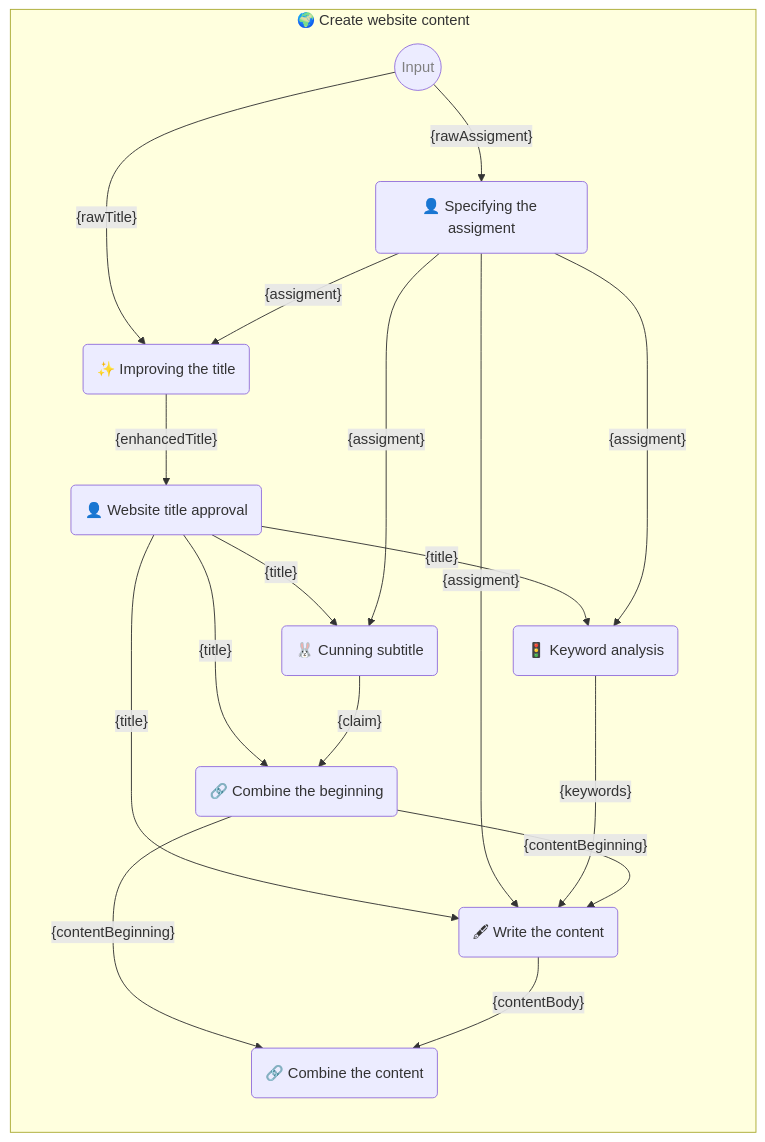
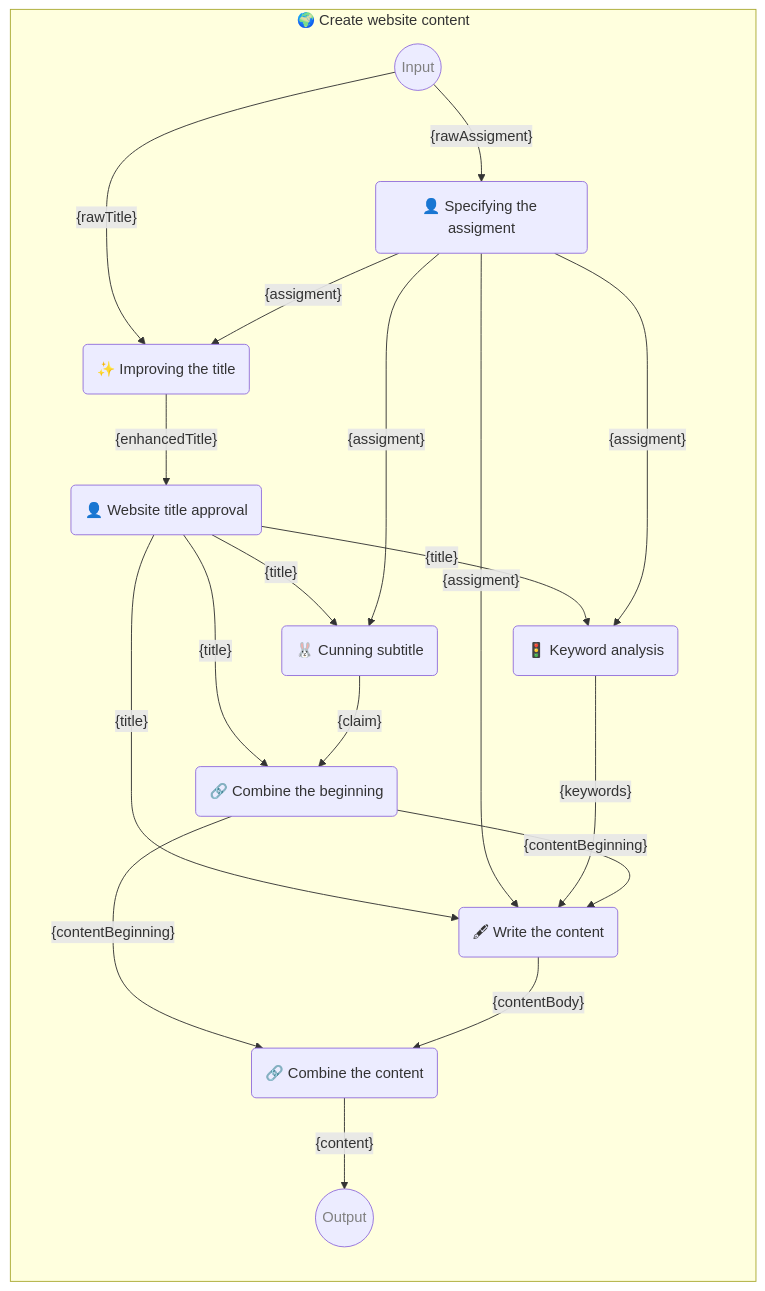
One commit to webgptorg/promptbook changed the diagram in README.md. Above: the diagram before and after it, drawn with Mermaid. The commit also changed other lines of this file and 43 other files, not shown here.

````diff
--- a/README.md
+++ b/README.md
@@ -240,38 +240,42 @@
 ```mermaid
 %% 🔮 Tip: Open this on GitHub or in the VSCode website to see the Mermaid graph visually
 
 flowchart LR
   subgraph "🌍 Create website content"
 
       direction TB
 
       input((Input)):::input
       templateSpecifyingTheAssigment(👤 Specifying the assigment)
       input--"{rawAssigment}"-->templateSpecifyingTheAssigment
-      templateImprovementOfTheWebTitle(✨ Improving the title)
-      input--"{rawTitle}"-->templateImprovementOfTheWebTitle
-      templateSpecifyingTheAssigment--"{assigment}"-->templateImprovementOfTheWebTitle
+      templateImprovingTheTitle(✨ Improving the title)
+      input--"{rawTitle}"-->templateImprovingTheTitle
+      templateSpecifyingTheAssigment--"{assigment}"-->templateImprovingTheTitle
       templateWebsiteTitleApproval(👤 Website title approval)
-      templateImprovementOfTheWebTitle--"{enhancedTitle}"-->templateWebsiteTitleApproval
+      templateImprovingTheTitle--"{enhancedTitle}"-->templateWebsiteTitleApproval
       templateCunningSubtitle(🐰 Cunning subtitle)
       templateWebsiteTitleApproval--"{title}"-->templateCunningSubtitle
       templateSpecifyingTheAssigment--"{assigment}"-->templateCunningSubtitle
       templateKeywordAnalysis(🚦 Keyword analysis)
       templateWebsiteTitleApproval--"{title}"-->templateKeywordAnalysis
       templateSpecifyingTheAssigment--"{assigment}"-->templateKeywordAnalysis
-      templateCreatingTheBeginningOfTheWebsiteContent(🔗 Combine the beginning)
-      templateWebsiteTitleApproval--"{title}"-->templateCreatingTheBeginningOfTheWebsiteContent
-      templateCunningSubtitle--"{claim}"-->templateCreatingTheBeginningOfTheWebsiteContent
-      templateWritingWebContent(🖋 Write the content)
-      templateWebsiteTitleApproval--"{title}"-->templateWritingWebContent
-      templateSpecifyingTheAssigment--"{assigment}"-->templateWritingWebContent
-      templateKeywordAnalysis--"{keywords}"-->templateWritingWebContent
-      templateCreatingTheBeginningOfTheWebsiteContent--"{contentBeginning}"-->templateWritingWebContent
-      templateCombineContent(🔗 Combine the content)
-      templateCreatingTheBeginningOfTheWebsiteContent--"{contentBeginning}"-->templateCombineContent
-      templateWritingWebContent--"{contentBody}"-->templateCombineContent
+      templateCombineTheBeginning(🔗 Combine the beginning)
+      templateWebsiteTitleApproval--"{title}"-->templateCombineTheBeginning
+      templateCunningSubtitle--"{claim}"-->templateCombineTheBeginning
+      templateWriteTheContent(🖋 Write the content)
+      templateWebsiteTitleApproval--"{title}"-->templateWriteTheContent
+      templateSpecifyingTheAssigment--"{assigment}"-->templateWriteTheContent
+      templateKeywordAnalysis--"{keywords}"-->templateWriteTheContent
+      templateCombineTheBeginning--"{contentBeginning}"-->templateWriteTheContent
+      templateCombineTheContent(🔗 Combine the content)
+      templateCombineTheBeginning--"{contentBeginning}"-->templateCombineTheContent
+      templateWriteTheContent--"{contentBody}"-->templateCombineTheContent
+
+      templateCombineTheContent--"{content}"-->output
+      output((Output)):::output
 
       classDef input color: grey;
+      classDef output color: grey;
 
   end;
 ```
````
